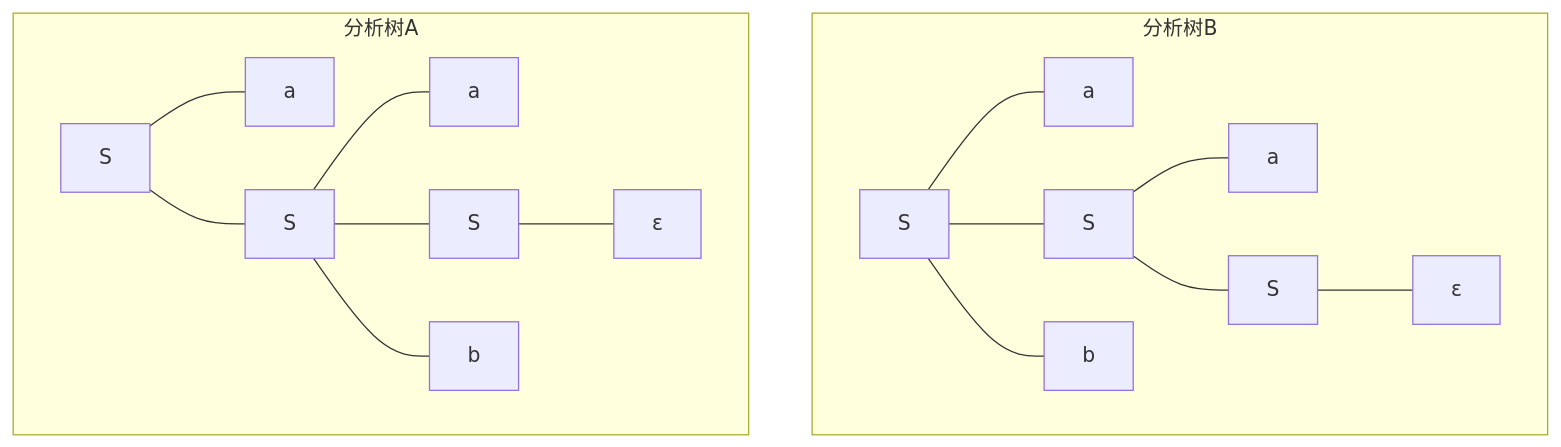
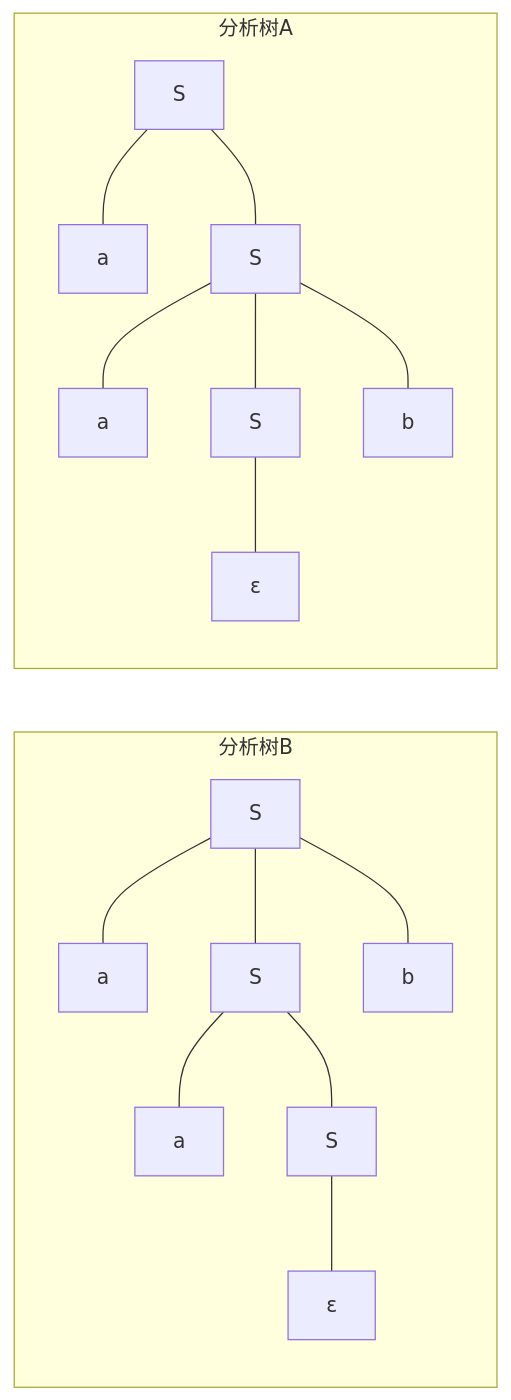
Before and after one commit to wu-kan/wu-kan.github.io: the second of 2 diagrams in _posts/2020-05-14-编译原理（四）.md, drawn with Mermaid. The commit also changed 23 other files, not shown here.

````diff
--- a/_posts/2020-05-14-编译原理（四）.md
+++ b/_posts/2020-05-14-编译原理（四）.md
@@ -99,33 +99,33 @@
 ```mermaid
-flowchart TB
+flowchart LR
 subgraph 分析树B
 S0---S1
 S0---S2
 S0---S3
 S2---S4
 S2---S5
 S5---S6
 S0[S]
 S1[a]
 S2[S]
 S3[b]
 S4[a]
 S5[S]
 S6["#epsilon;"]
 end
 subgraph 分析树A
 S7---S8
 S7---S9
 S9---Sa
 S9---Sb
 S9---Sc
 Sb---Sd
 S7[S]
 S8[a]
 S9[S]
 Sa[a]
 Sb[S]
 Sc[b]
 Sd["#epsilon;"]
 end
 ```
````
